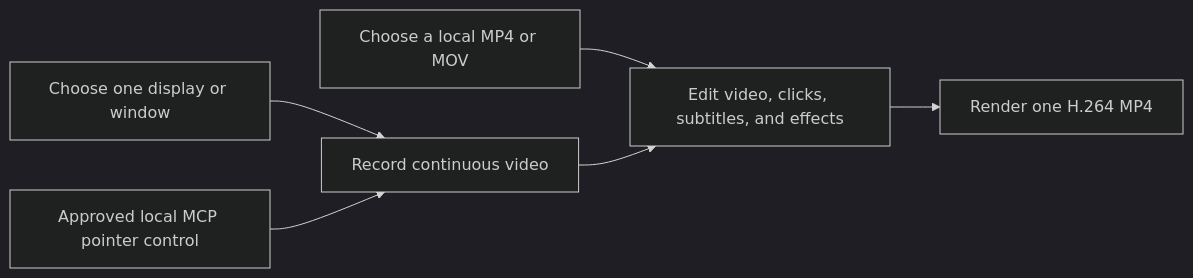
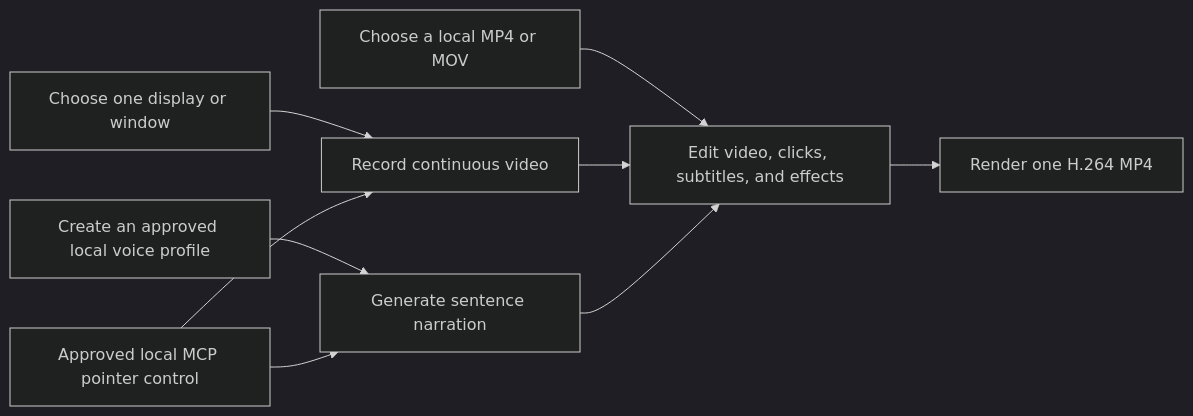
Before and after one commit to haandol/storybird: the diagram in README.md, drawn with Mermaid (dark theme). The commit also changed other lines of this file, not shown here.

Commit message:
docs: update readme for local voice narration

````diff
--- a/README.md
+++ b/README.md
@@ -19,8 +20,11 @@
 ```mermaid
 flowchart LR
     Source["Choose one display or window"] --> Record["Record continuous video"]
     Import["Choose a local MP4 or MOV"] --> Timeline["Edit video, clicks, subtitles, and effects"]
     Record --> Timeline
+    Voice["Create an approved local voice profile"] --> Narration["Generate sentence narration"]
+    Narration --> Timeline
     Timeline --> Export["Render one H.264 MP4"]
     Agent["Approved local MCP pointer control"] --> Record
+    Agent --> Narration
 ```
````
